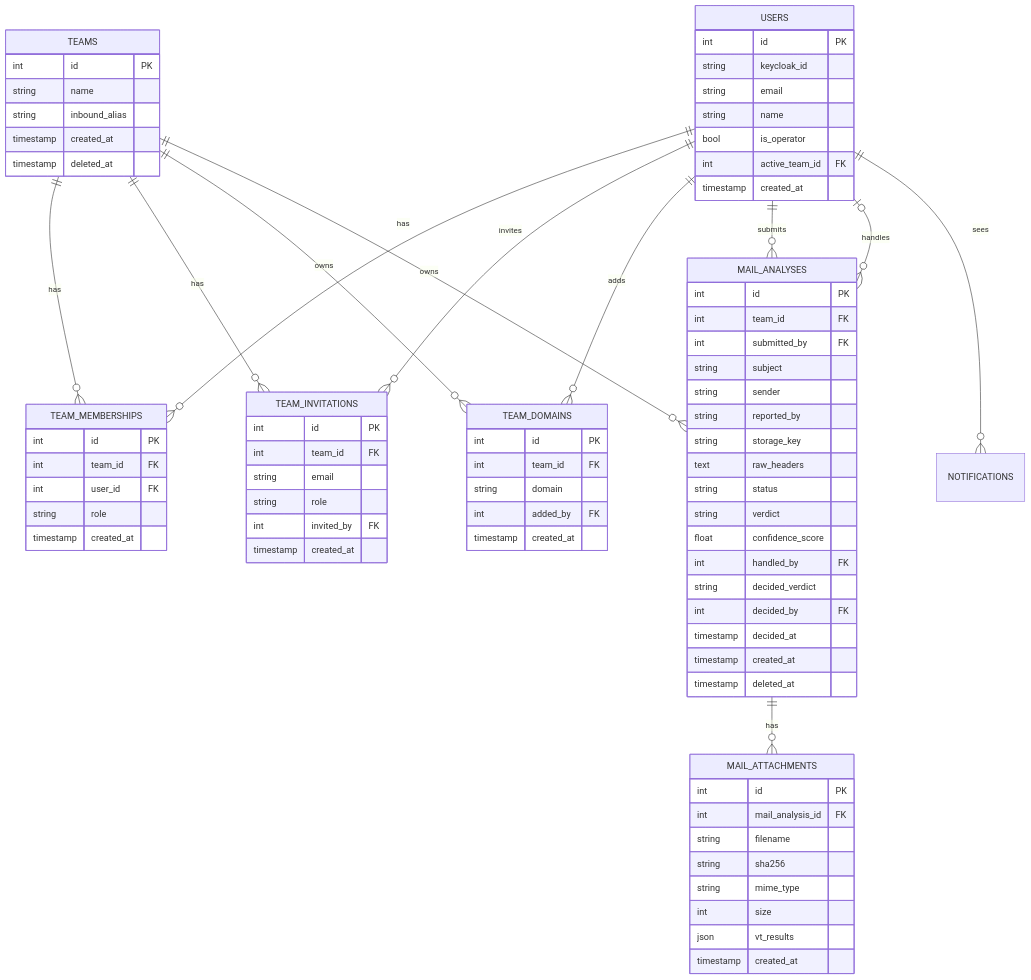
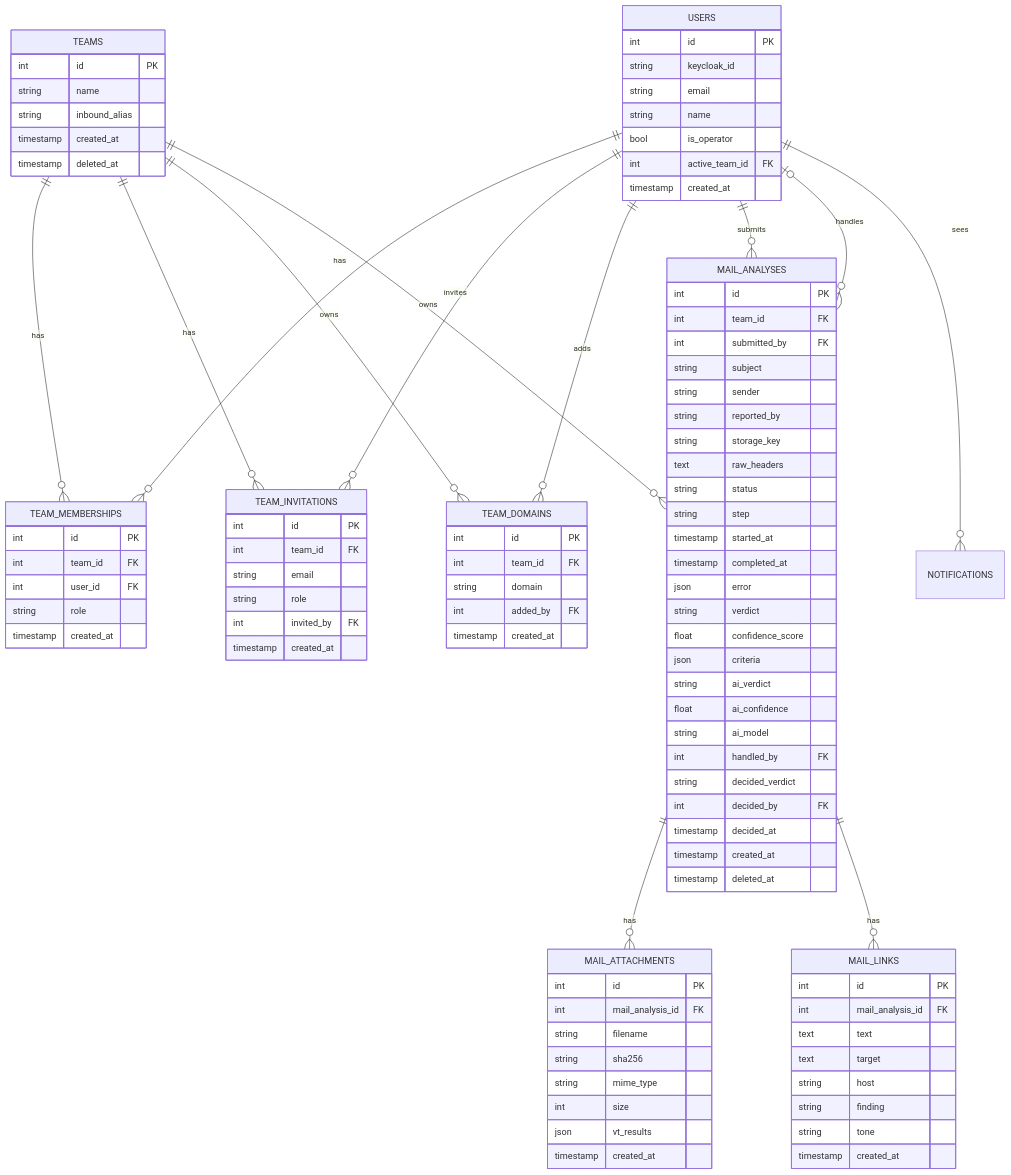
The diagram in docs/data-model.md (teamphive/phisheye), drawn with Mermaid before and after one commit. The commit also changed other lines of this file and 10 other files, not shown here.

````diff
--- a/docs/data-model.md
+++ b/docs/data-model.md
@@ -160,6 +170,7 @@
   USERS ||--o{ MAIL_ANALYSES : submits
   USERS |o--o{ MAIL_ANALYSES : handles
   MAIL_ANALYSES ||--o{ MAIL_ATTACHMENTS : has
+  MAIL_ANALYSES ||--o{ MAIL_LINKS : has
   USERS ||--o{ NOTIFICATIONS : sees
 
   USERS {
@@ -210,8 +221,16 @@
     string storage_key
     text raw_headers
     string status
+    string step
+    timestamp started_at
+    timestamp completed_at
+    json error
     string verdict
     float confidence_score
+    json criteria
+    string ai_verdict
+    float ai_confidence
+    string ai_model
     int handled_by FK
     string decided_verdict
     int decided_by FK
@@ -229,4 +248,14 @@
     json vt_results
     timestamp created_at
   }
+  MAIL_LINKS {
+    int id PK
+    int mail_analysis_id FK
+    text text
+    text target
+    string host
+    string finding
+    string tone
+    timestamp created_at
+  }
 ```
````
